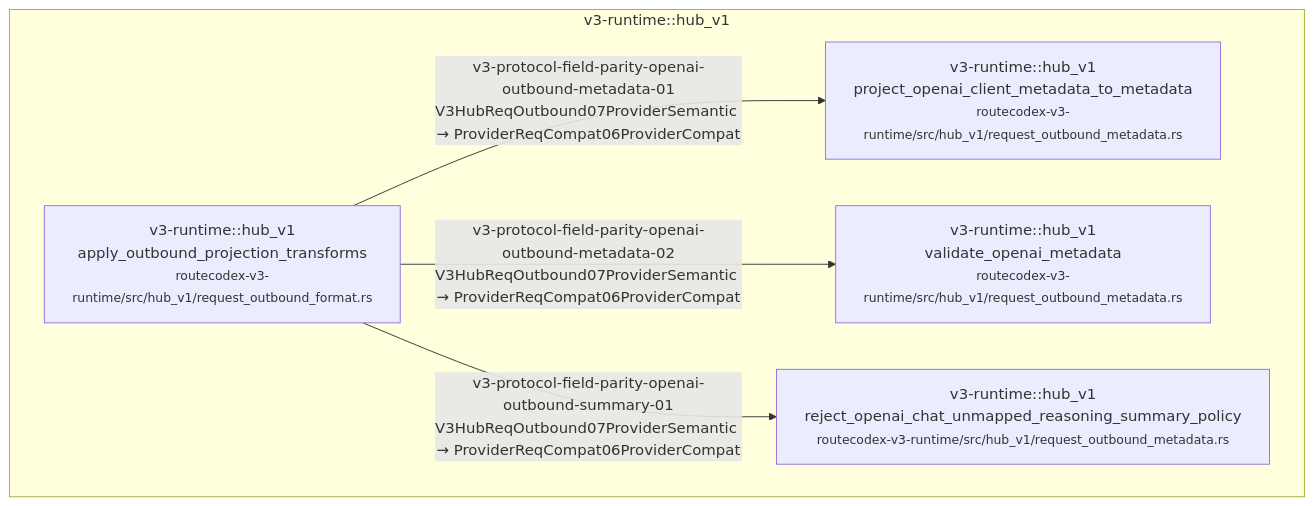
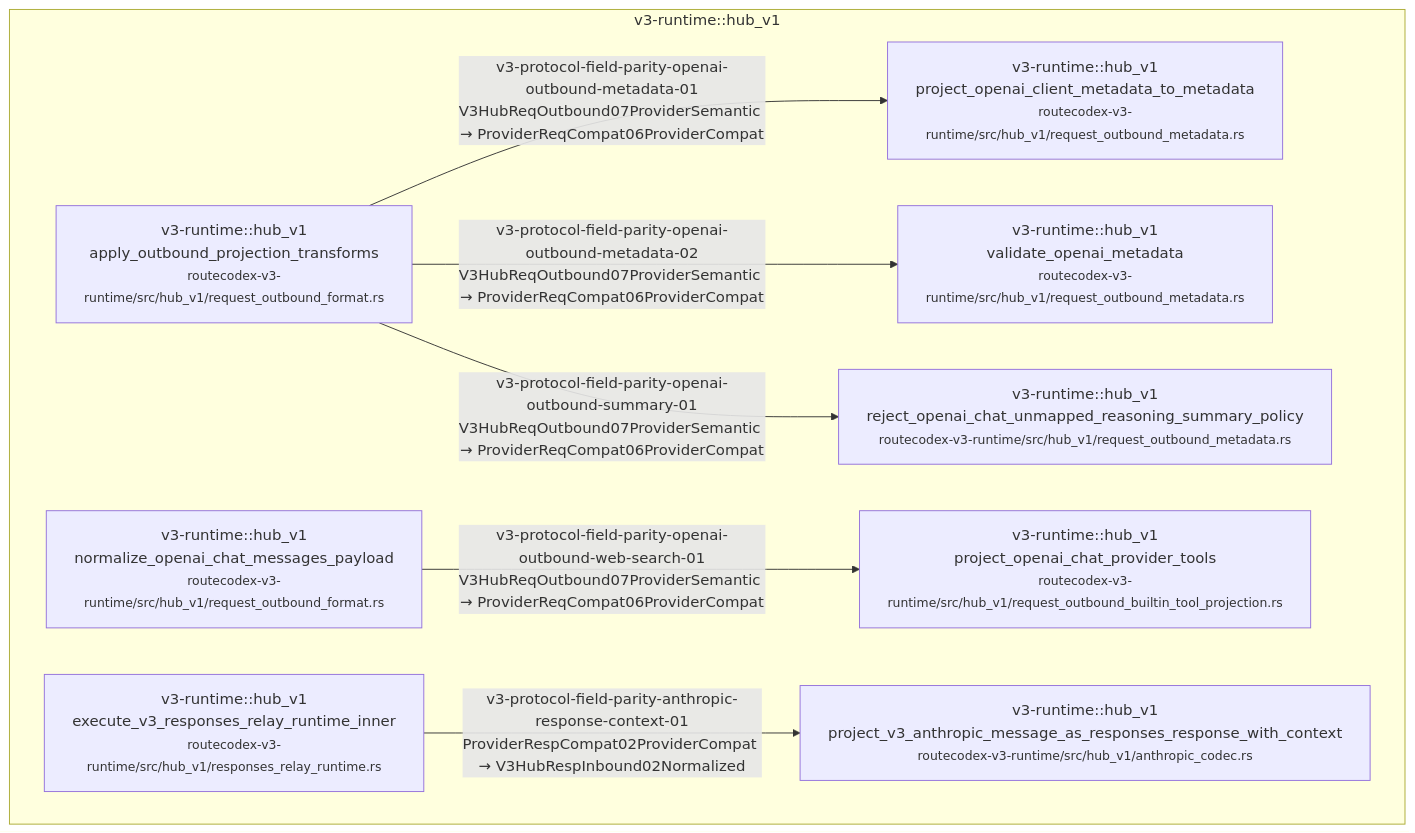
One commit to Jasonzhangf/routecodex changed diagram 12 of 52 in docs/architecture/wiki/v3-mainline-caller-flow.md. Above: the diagram before and after it, drawn with Mermaid. The commit also changed other lines of this file and 83 other files, not shown here.

Commit message:
fix(v3): lock outbound projection and stopless control

````diff
--- a/docs/architecture/wiki/v3-mainline-caller-flow.md
+++ b/docs/architecture/wiki/v3-mainline-caller-flow.md
@@ -506,12 +506,18 @@
 ```mermaid
 flowchart TD
   subgraph c_10_v3_protocol_conversion_field_parity_outbound_helper_bindings_m_v3_runtime__hub_v1["v3-runtime::hub_v1"]
     c_10_v3_protocol_conversion_field_parity_outbound_helper_bindings_0["v3-runtime::hub_v1<br/>apply_outbound_projection_transforms<br/><small>routecodex-v3-runtime/src/hub_v1/request_outbound_format.rs</small>"]
     c_10_v3_protocol_conversion_field_parity_outbound_helper_bindings_1["v3-runtime::hub_v1<br/>project_openai_client_metadata_to_metadata<br/><small>routecodex-v3-runtime/src/hub_v1/request_outbound_metadata.rs</small>"]
     c_10_v3_protocol_conversion_field_parity_outbound_helper_bindings_2["v3-runtime::hub_v1<br/>validate_openai_metadata<br/><small>routecodex-v3-runtime/src/hub_v1/request_outbound_metadata.rs</small>"]
     c_10_v3_protocol_conversion_field_parity_outbound_helper_bindings_3["v3-runtime::hub_v1<br/>reject_openai_chat_unmapped_reasoning_summary_policy<br/><small>routecodex-v3-runtime/src/hub_v1/request_outbound_metadata.rs</small>"]
+    c_10_v3_protocol_conversion_field_parity_outbound_helper_bindings_4["v3-runtime::hub_v1<br/>normalize_openai_chat_messages_payload<br/><small>routecodex-v3-runtime/src/hub_v1/request_outbound_format.rs</small>"]
+    c_10_v3_protocol_conversion_field_parity_outbound_helper_bindings_5["v3-runtime::hub_v1<br/>project_openai_chat_provider_tools<br/><small>routecodex-v3-runtime/src/hub_v1/request_outbound_builtin_tool_projection.rs</small>"]
+    c_10_v3_protocol_conversion_field_parity_outbound_helper_bindings_6["v3-runtime::hub_v1<br/>execute_v3_responses_relay_runtime_inner<br/><small>routecodex-v3-runtime/src/hub_v1/responses_relay_runtime.rs</small>"]
+    c_10_v3_protocol_conversion_field_parity_outbound_helper_bindings_7["v3-runtime::hub_v1<br/>project_v3_anthropic_message_as_responses_response_with_context<br/><small>routecodex-v3-runtime/src/hub_v1/anthropic_codec.rs</small>"]
   end
   c_10_v3_protocol_conversion_field_parity_outbound_helper_bindings_0 -->|v3-protocol-field-parity-openai-outbound-metadata-01<br/>V3HubReqOutbound07ProviderSemantic → ProviderReqCompat06ProviderCompat| c_10_v3_protocol_conversion_field_parity_outbound_helper_bindings_1
   c_10_v3_protocol_conversion_field_parity_outbound_helper_bindings_0 -->|v3-protocol-field-parity-openai-outbound-metadata-02<br/>V3HubReqOutbound07ProviderSemantic → ProviderReqCompat06ProviderCompat| c_10_v3_protocol_conversion_field_parity_outbound_helper_bindings_2
   c_10_v3_protocol_conversion_field_parity_outbound_helper_bindings_0 -->|v3-protocol-field-parity-openai-outbound-summary-01<br/>V3HubReqOutbound07ProviderSemantic → ProviderReqCompat06ProviderCompat| c_10_v3_protocol_conversion_field_parity_outbound_helper_bindings_3
+  c_10_v3_protocol_conversion_field_parity_outbound_helper_bindings_4 -->|v3-protocol-field-parity-openai-outbound-web-search-01<br/>V3HubReqOutbound07ProviderSemantic → ProviderReqCompat06ProviderCompat| c_10_v3_protocol_conversion_field_parity_outbound_helper_bindings_5
+  c_10_v3_protocol_conversion_field_parity_outbound_helper_bindings_6 -->|v3-protocol-field-parity-anthropic-response-context-01<br/>ProviderRespCompat02ProviderCompat → V3HubRespInbound02Normalized| c_10_v3_protocol_conversion_field_parity_outbound_helper_bindings_7
 ```
````
